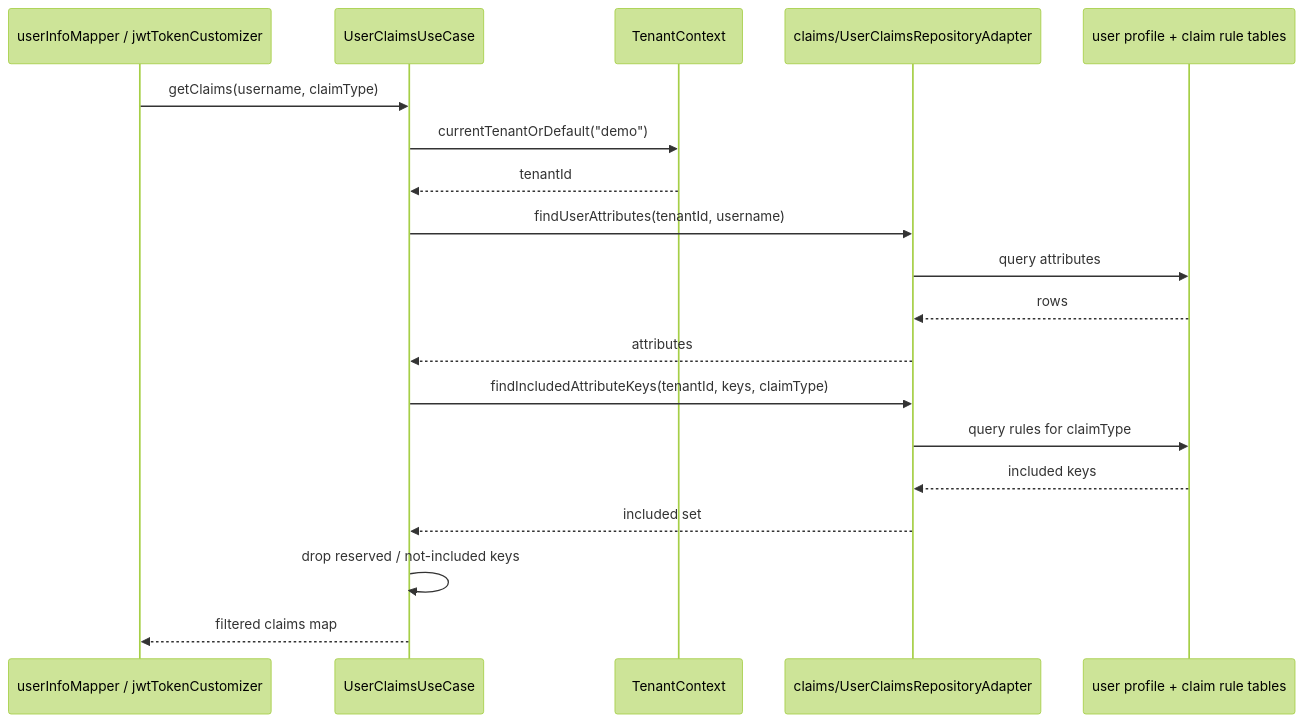
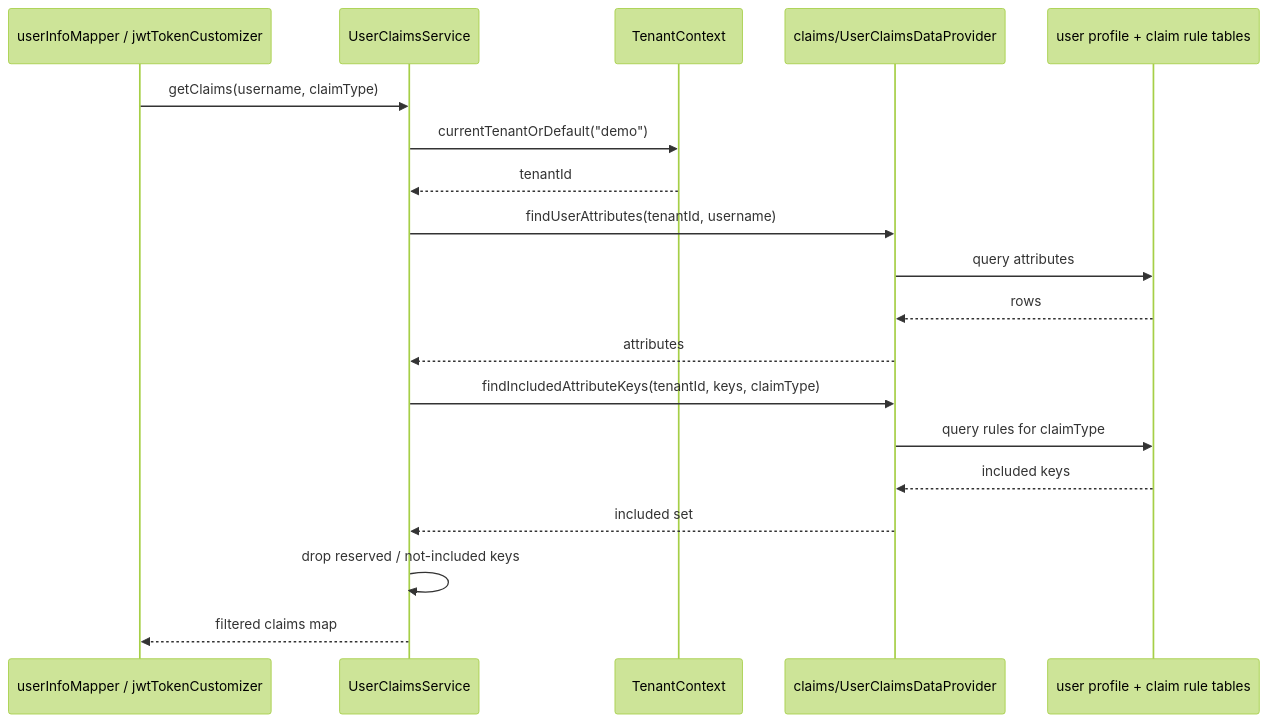
One commit to edmaputra/ed-auth changed the diagram in documentation/features/05-dynamic-claims.md. Above: the diagram before and after it, drawn with Mermaid (forest theme). The commit also changed other lines of this file and 14 other files, not shown here.

Commit message:
refactor: Update documentation to reflect service renaming and architectural changes

````diff
--- a/documentation/features/05-dynamic-claims.md
+++ b/documentation/features/05-dynamic-claims.md
@@ -67,22 +66,22 @@
 ```mermaid
 sequenceDiagram
     participant Caller as userInfoMapper / jwtTokenCustomizer
-    participant UC as UserClaimsUseCase
+    participant UC as UserClaimsService
     participant T as TenantContext
-    participant D as claims/UserClaimsRepositoryAdapter
+    participant D as claims/UserClaimsDataProvider
     participant DB as user profile + claim rule tables
 
     Caller->>UC: getClaims(username, claimType)
     UC->>T: currentTenantOrDefault("demo")
     T-->>UC: tenantId
     UC->>D: findUserAttributes(tenantId, username)
     D->>DB: query attributes
     DB-->>D: rows
     D-->>UC: attributes
     UC->>D: findIncludedAttributeKeys(tenantId, keys, claimType)
     D->>DB: query rules for claimType
     DB-->>D: included keys
     D-->>UC: included set
     UC->>UC: drop reserved / not-included keys
     UC-->>Caller: filtered claims map
 ```
````
